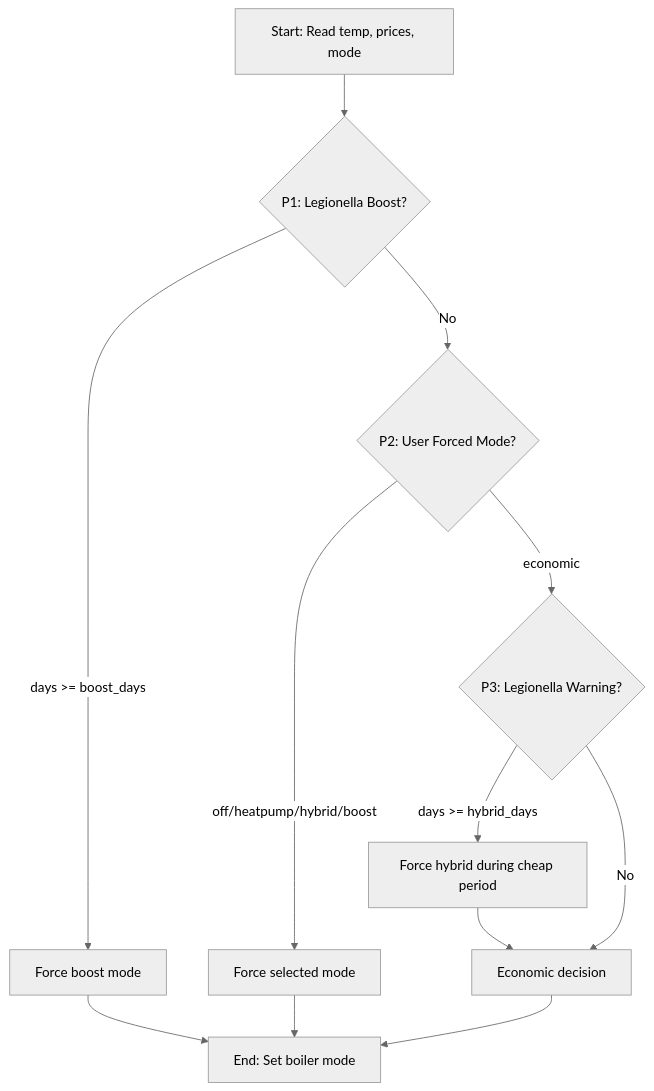
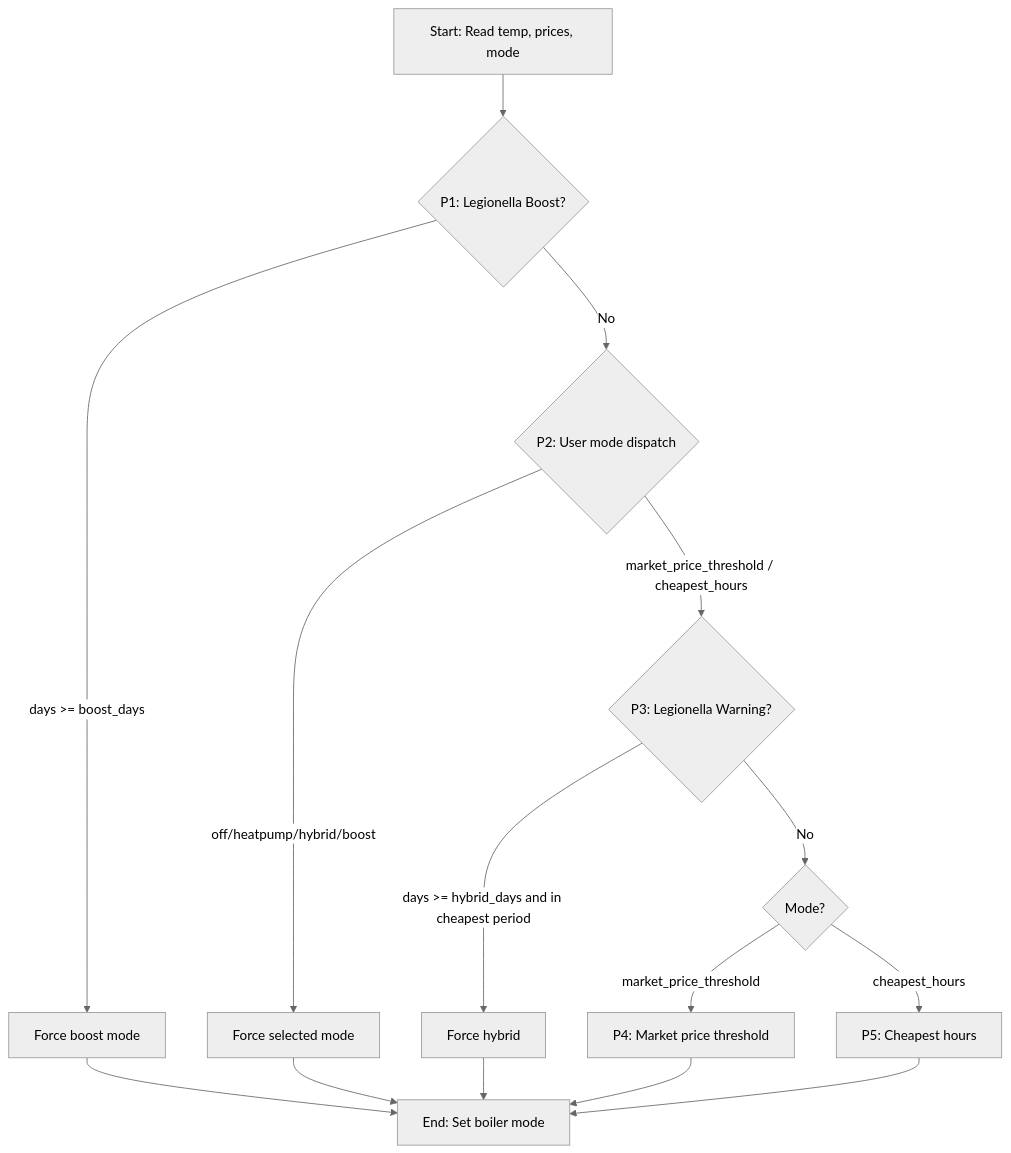
The first of 2 diagrams in docs/explanation/boiler-strategy-priority-chain.md (Atrium0804/SessyStrategy_HA), drawn with Mermaid before and after one commit. The commit also changed other lines of this file and 21 other files, not shown here.

Commit message:
feat: shared cheapest-hours fix: evening charge rule

````diff
--- a/docs/explanation/boiler-strategy-priority-chain.md
+++ b/docs/explanation/boiler-strategy-priority-chain.md
@@ -13,15 +13,18 @@
 ```mermaid
 %%{init: {'theme': 'neutral'}}%%
 flowchart TD
     A[Start: Read temp, prices, mode] --> B{P1: Legionella Boost?}
     B -->|days >= boost_days| C[Force boost mode]
-    B -->|No| D{P2: User Forced Mode?}
+    B -->|No| D{P2: User mode dispatch}
     D -->|off/heatpump/hybrid/boost| E[Force selected mode]
-    D -->|economic| F{P3: Legionella Warning?}
-    F -->|days >= hybrid_days| G[Force hybrid during cheap period]
-    F -->|No| H[Economic decision]
-    G --> H
+    D -->|market_price_threshold / cheapest_hours| F{P3: Legionella Warning?}
+    F -->|days >= hybrid_days and in cheapest period| G[Force hybrid]
+    F -->|No| H{Mode?}
+    H -->|market_price_threshold| P4[P4: Market price threshold]
+    H -->|cheapest_hours| P5[P5: Cheapest hours]
     E --> I[End: Set boiler mode]
     C --> I
-    H --> I
+    G --> I
+    P4 --> I
+    P5 --> I
 ```
````
